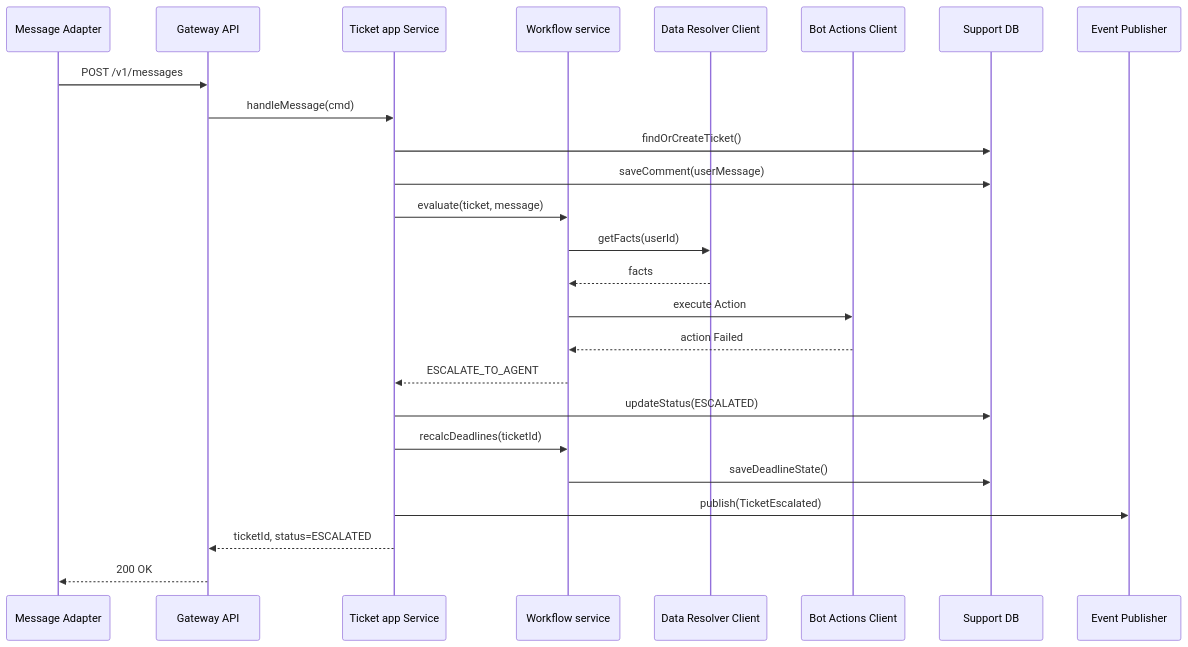
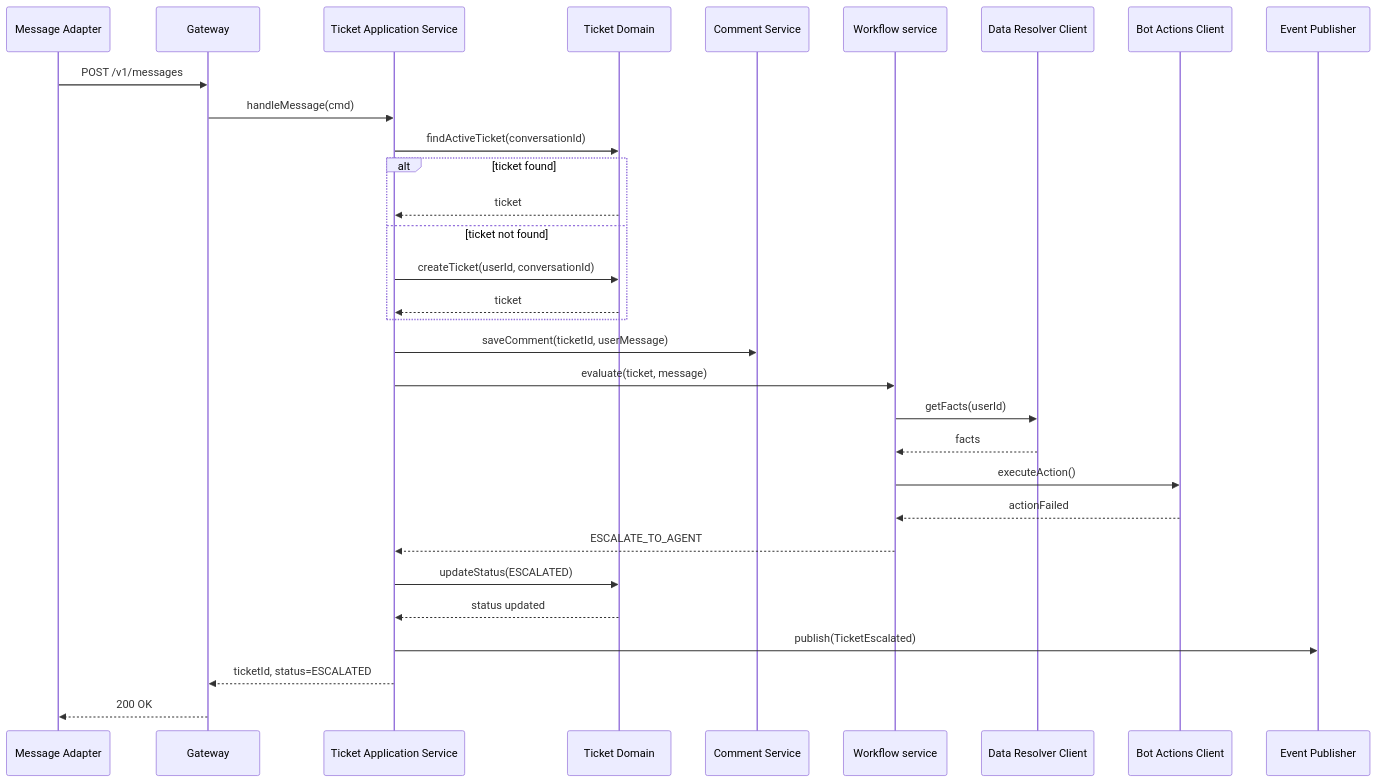
One commit to Desnn1ch/OOPlabs changed the fourth of 4 diagrams in lab-1.md. Above: the diagram before and after it, drawn with Mermaid. The commit also changed other lines of this file, not shown here.

````diff
--- a/lab-1.md
+++ b/lab-1.md
@@ -360,28 +342,34 @@
 ```mermaid
 sequenceDiagram
     participant input as Message Adapter
-    participant API as Gateway API
-    participant app as Ticket app Service
+    participant gateway as Gateway
+    participant app as Ticket Application Service
+    participant ticketservice as Ticket Domain
+    participant comment as Comment Service
     participant workflow as Workflow service
     participant data as Data Resolver Client
     participant actions as Bot Actions Client
-    participant db as Support DB
     participant databus as Event Publisher
 
-    input->>API: POST /v1/messages
-    API->>app: handleMessage(cmd)
-    app->>db: findOrCreateTicket()
-    app->>db: saveComment(userMessage)
+    input->>gateway: POST /v1/messages
+    gateway->>app: handleMessage(cmd)
+    app->>ticketservice: findActiveTicket(conversationId)
+    alt ticket found
+        ticketservice-->>app: ticket
+    else ticket not found
+        app->>ticketservice: createTicket(userId, conversationId)
+        ticketservice-->>app: ticket
+    end
+    app->>comment: saveComment(ticketId, userMessage)
     app->>workflow: evaluate(ticket, message)
     workflow->>data: getFacts(userId)
     data-->>workflow: facts
-    workflow->>actions: execute Action
-    actions-->>workflow: action Failed
+    workflow->>actions: executeAction()
+    actions-->>workflow: actionFailed
     workflow-->>app: ESCALATE_TO_AGENT
-    app->>db: updateStatus(ESCALATED)
-    app->>workflow: recalcDeadlines(ticketId)
-    workflow->>db: saveDeadlineState()
+    app->>ticketservice: updateStatus(ESCALATED)
+    ticketservice-->>app: status updated
     app->>databus: publish(TicketEscalated)
-    app-->>API: ticketId, status=ESCALATED
-    API-->>input: 200 OK
+    app-->>gateway: ticketId, status=ESCALATED
+    gateway-->>input: 200 OK
 ```
````
